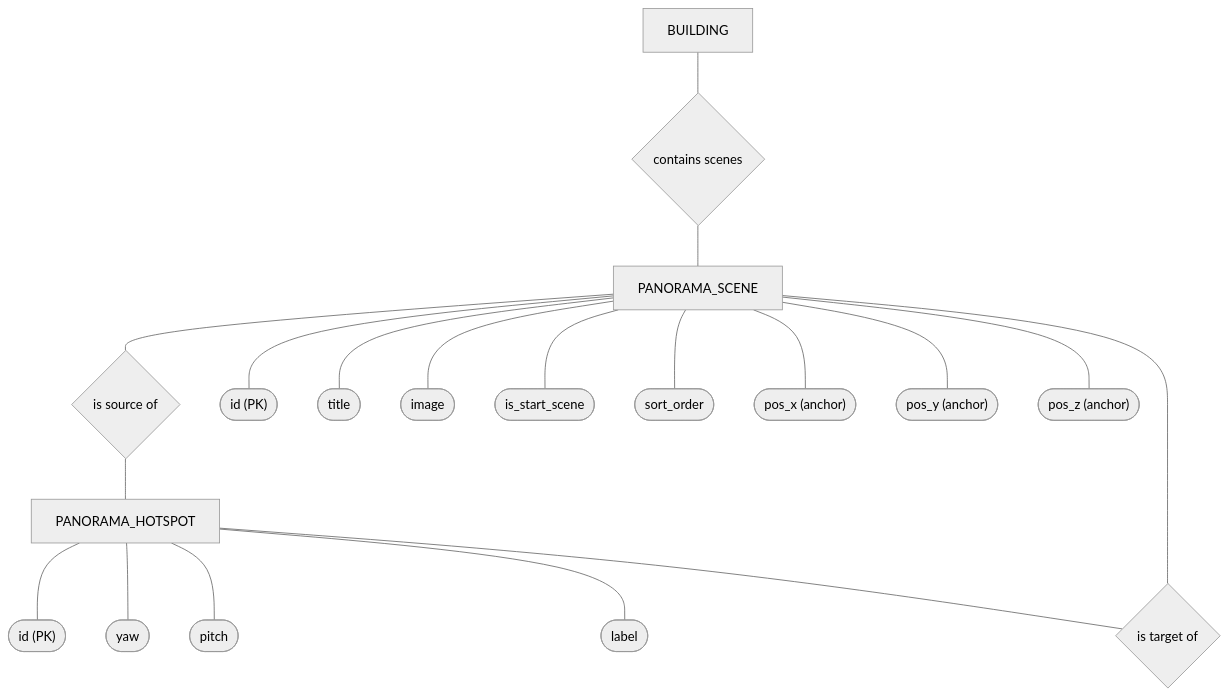
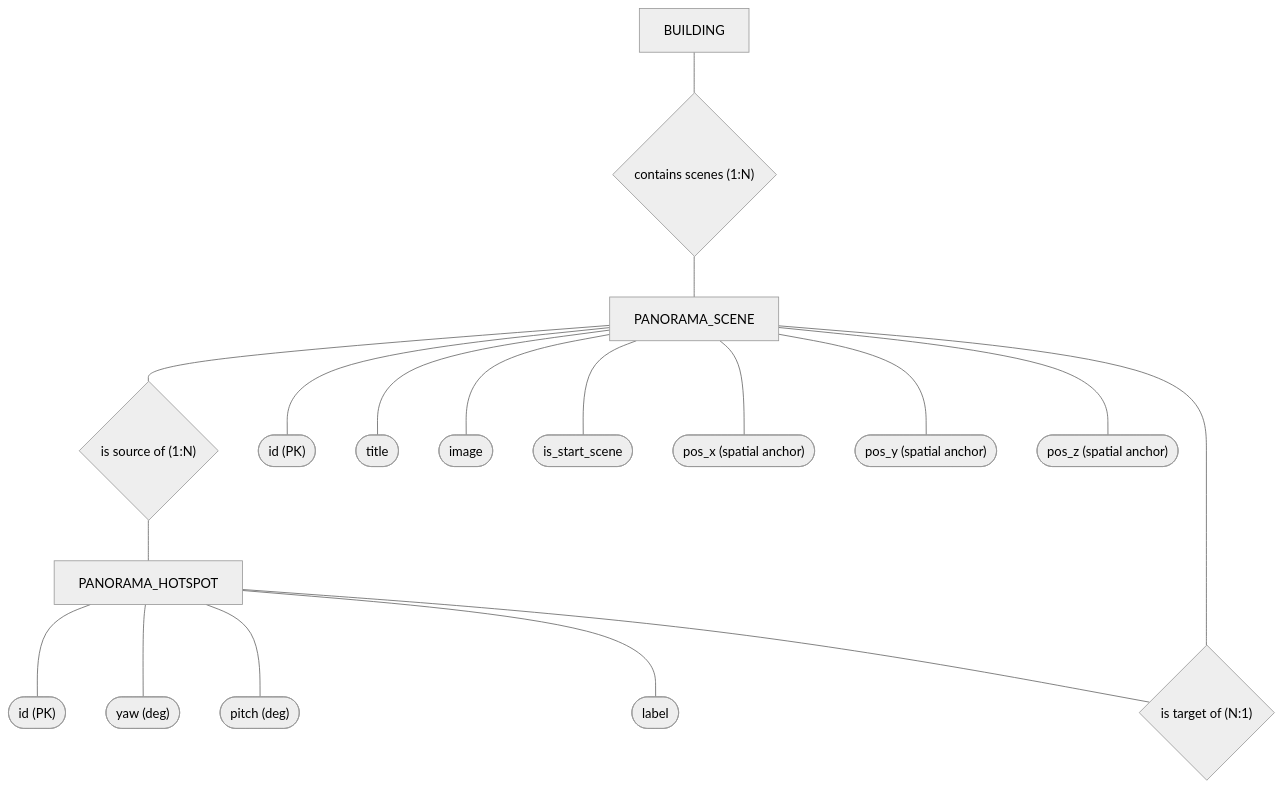
One commit to Cipher-Syntax/ARQuest changed the fourth of 6 diagrams in erd-model.md. Above: the diagram before and after it, drawn with Mermaid (neutral theme). The commit also changed other lines of this file and 8 other files, not shown here.

Commit message:
Updated: documentation + diagrams

````diff
--- a/erd-model.md
+++ b/erd-model.md
@@ -254,49 +223,47 @@
 ```mermaid
 flowchart TD
-    %% External Entity Ref
+    %% External Entity
     BLDG["BUILDING"]
 
     %% Entities
     SCENE["PANORAMA_SCENE"]
     HOTSPOT["PANORAMA_HOTSPOT"]
 
     %% Relationships
-    contains{"contains scenes"}
-    source{"is source of"}
-    target{"is target of"}
+    contains{"contains scenes (1:N)"}
+    source{"is source of (1:N)"}
+    target{"is target of (N:1)"}
 
     %% Attributes - Scene
     s_id(["id (PK)"])
     s_title(["title"])
     s_img(["image"])
     s_start(["is_start_scene"])
-    s_sort(["sort_order"])
-    s_px(["pos_x (anchor)"])
-    s_py(["pos_y (anchor)"])
-    s_pz(["pos_z (anchor)"])
+    s_px(["pos_x (spatial anchor)"])
+    s_py(["pos_y (spatial anchor)"])
+    s_pz(["pos_z (spatial anchor)"])
 
     SCENE --- s_id
     SCENE --- s_title
     SCENE --- s_img
     SCENE --- s_start
-    SCENE --- s_sort
     SCENE --- s_px
     SCENE --- s_py
     SCENE --- s_pz
 
     %% Attributes - Hotspot
     h_id(["id (PK)"])
-    h_yaw(["yaw"])
-    h_pitch(["pitch"])
+    h_yaw(["yaw (deg)"])
+    h_pitch(["pitch (deg)"])
     h_lbl(["label"])
 
     HOTSPOT --- h_id
     HOTSPOT --- h_yaw
     HOTSPOT --- h_pitch
     HOTSPOT --- h_lbl
 
     %% Structure
     BLDG --- contains --- SCENE
     SCENE --- source --- HOTSPOT
     HOTSPOT --- target --- SCENE
 ```
````
